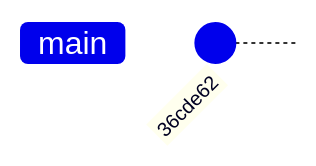
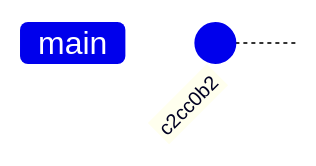
The first of 5 diagrams in Demystifying Git.md (grungi-ankhfire/pyladies_git), drawn with Mermaid before and after one commit. The commit also changed other lines of this file and 35 other files, not shown here.

````diff
--- a/Demystifying Git.md
+++ b/Demystifying Git.md
@@ -154,4 +154,4 @@
 ```mermaid
 gitGraph
-commit id: "36cde62"
+commit id: "c2cc0b2"
 ```
````
